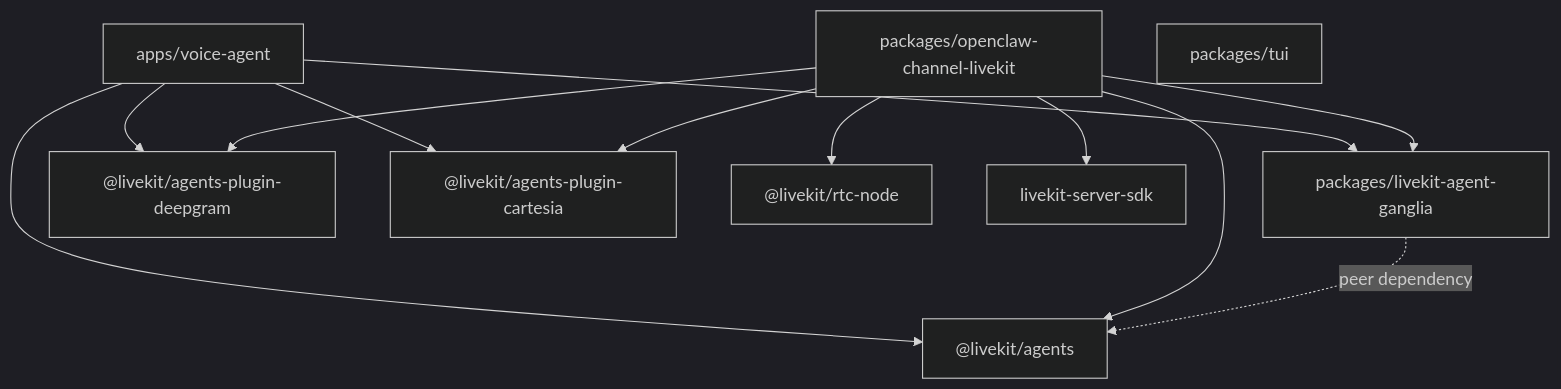
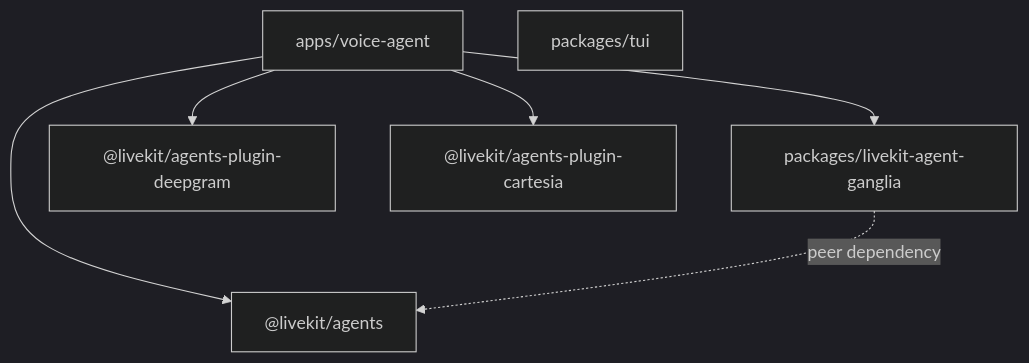
One commit to dremonkey/fletcher changed the second of 3 diagrams in docs/architecture/system-overview.md. Above: the diagram before and after it, drawn with Mermaid (dark theme). The commit also changed other lines of this file and 34 other files, not shown here.

First line of the commit message:
refactor: remove openclaw-channel-livekit package, adopt standalone voice agent

````diff
--- a/docs/architecture/system-overview.md
+++ b/docs/architecture/system-overview.md
@@ -69,27 +66,17 @@
 ```mermaid
 flowchart TD
     VA["apps/voice-agent"]
-    CP["packages/openclaw-channel-livekit"]
     G["packages/livekit-agent-ganglia"]
     TUI["packages/tui"]
 
     LA["@livekit/agents"]
     DG["@livekit/agents-plugin-deepgram"]
     CA["@livekit/agents-plugin-cartesia"]
-    RTC["@livekit/rtc-node"]
-    SDK["livekit-server-sdk"]
 
     VA --> G
     VA --> LA
     VA --> DG
     VA --> CA
 
-    CP --> G
-    CP --> LA
-    CP --> DG
-    CP --> CA
-    CP --> RTC
-    CP --> SDK
-
     G -.->|"peer dependency"| LA
 ```
````
